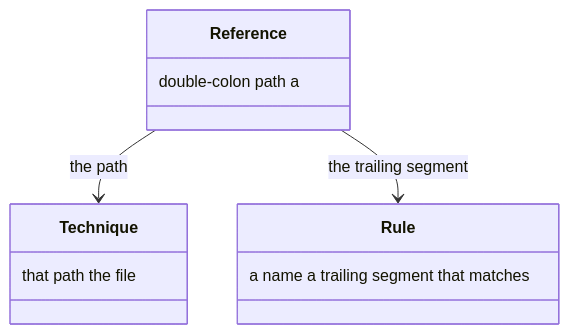
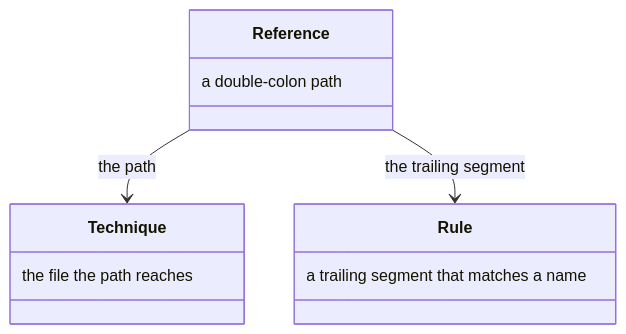
The eighth of 14 diagrams in docs/technique.md (m2ux/workflow-server), drawn with Mermaid before and after one commit. The commit also changed other lines of this file and 10 other files, not shown here.

Commit message:
Write each class-box note in reading order so the diagram shows the phrase as written.

````diff
--- a/docs/technique.md
+++ b/docs/technique.md
@@ -226,14 +226,14 @@
 ```mermaid
 classDiagram
   class Reference {
-    double-colon path a
+    a double-colon path
   }
   class Technique {
-    that path the file
+    the file the path reaches
   }
   class Rule {
-    a name a trailing segment that matches
+    a trailing segment that matches a name
   }
   Reference --> Technique : the path
   Reference --> Rule : the trailing segment
 ```
````
